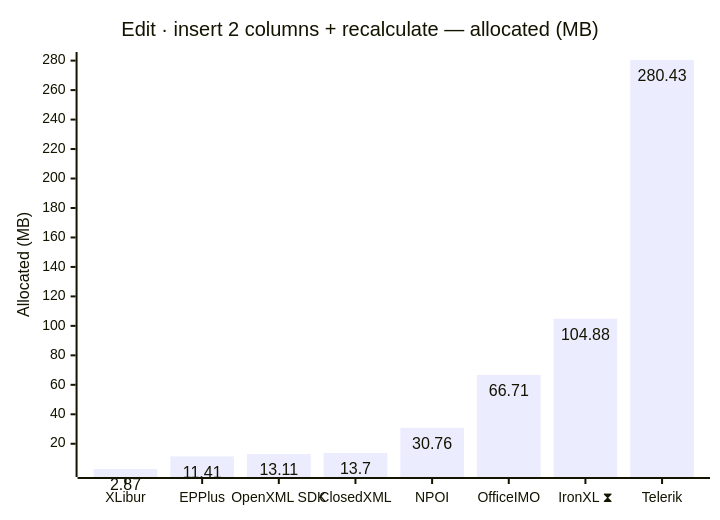
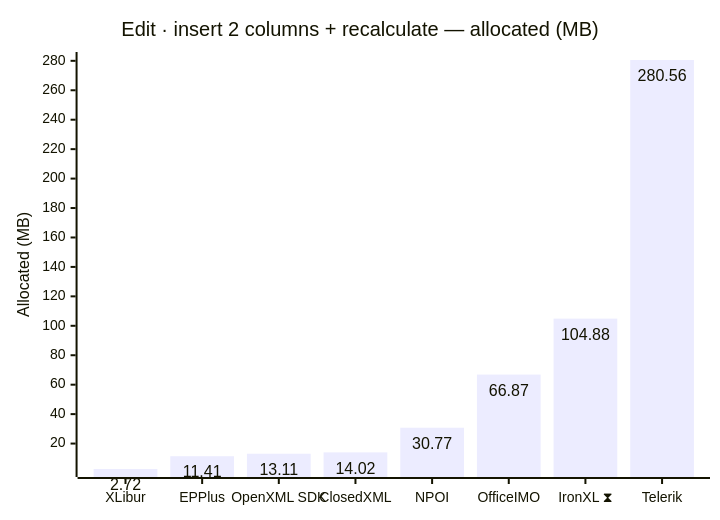
Diagram 12 of 12 in docs/results.md (jafin/XLBench), drawn with Mermaid before and after one commit. The commit also changed other lines of this file and 4 other files, not shown here.

````diff
--- a/docs/results.md
+++ b/docs/results.md
@@ -185,12 +185,12 @@
 ```mermaid
 ---
 config:
   xyChart:
     showDataLabel: true
 ---
 xychart-beta
     title "Edit · insert 2 columns + recalculate — allocated (MB)"
     x-axis ["XLibur", "EPPlus", "OpenXML SDK", "ClosedXML", "NPOI", "OfficeIMO", "IronXL ⧗", "Telerik"]
     y-axis "Allocated (MB)"
-    bar [2.87, 11.41, 13.11, 13.7, 30.76, 66.71, 104.88, 280.43]
+    bar [2.72, 11.41, 13.11, 14.02, 30.77, 66.87, 104.88, 280.56]
 ```
````
